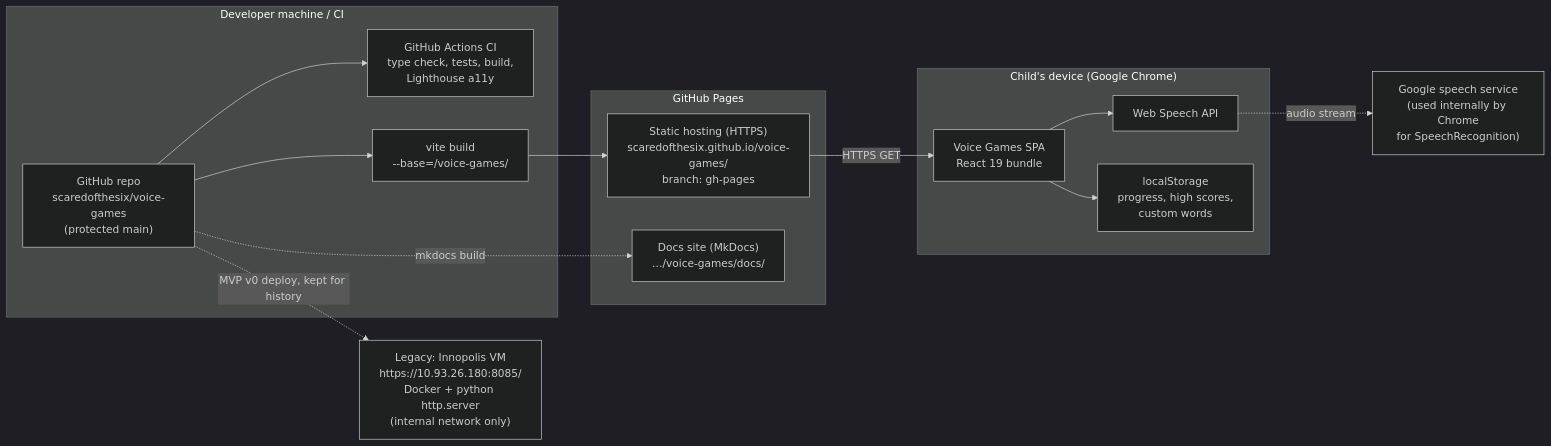
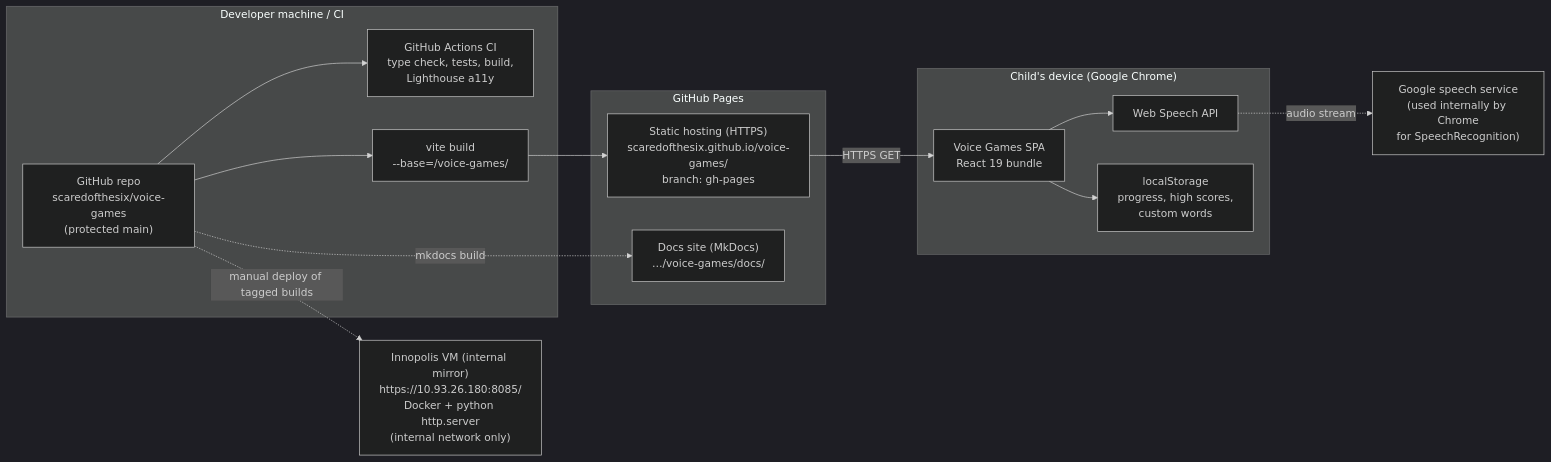
The diagram in docs/architecture/deployment-view.md (scaredofthesix/voice-games), drawn with Mermaid (dark theme) before and after one commit. The commit also changed other lines of this file and 3 other files, not shown here.

````diff
--- a/docs/architecture/deployment-view.md
+++ b/docs/architecture/deployment-view.md
@@ -10,32 +10,32 @@
 ```mermaid
 flowchart LR
     subgraph Dev["Developer machine / CI"]
         Src["GitHub repo<br/>scaredofthesix/voice-games<br/>(protected main)"]
         CI["GitHub Actions CI<br/>type check, tests, build,<br/>Lighthouse a11y"]
         Build["vite build<br/>--base=/voice-games/"]
     end
 
     subgraph GH["GitHub Pages"]
         Pages["Static hosting (HTTPS)<br/>scaredofthesix.github.io/voice-games/<br/>branch: gh-pages"]
         DocsSite["Docs site (MkDocs)<br/>…/voice-games/docs/"]
     end
 
     subgraph Client["Child's device (Google Chrome)"]
         SPA["Voice Games SPA<br/>React 19 bundle"]
         WS["Web Speech API"]
         LS["localStorage<br/>progress, high scores,<br/>custom words"]
     end
 
     GSpeech["Google speech service<br/>(used internally by Chrome<br/>for SpeechRecognition)"]
 
     Src --> CI
     Src --> Build --> Pages
     Src -.->|mkdocs build| DocsSite
     Pages -->|HTTPS GET| SPA
     SPA --> WS
     SPA --> LS
     WS -.->|audio stream| GSpeech
 
-    VM["Legacy: Innopolis VM<br/>https://10.93.26.180:8085/<br/>Docker + python http.server<br/>(internal network only)"]
-    Src -.->|MVP v0 deploy, kept for history| VM
+    VM["Innopolis VM (internal mirror)<br/>https://10.93.26.180:8085/<br/>Docker + python http.server<br/>(internal network only)"]
+    Src -.->|manual deploy of tagged builds| VM
 ```
````
